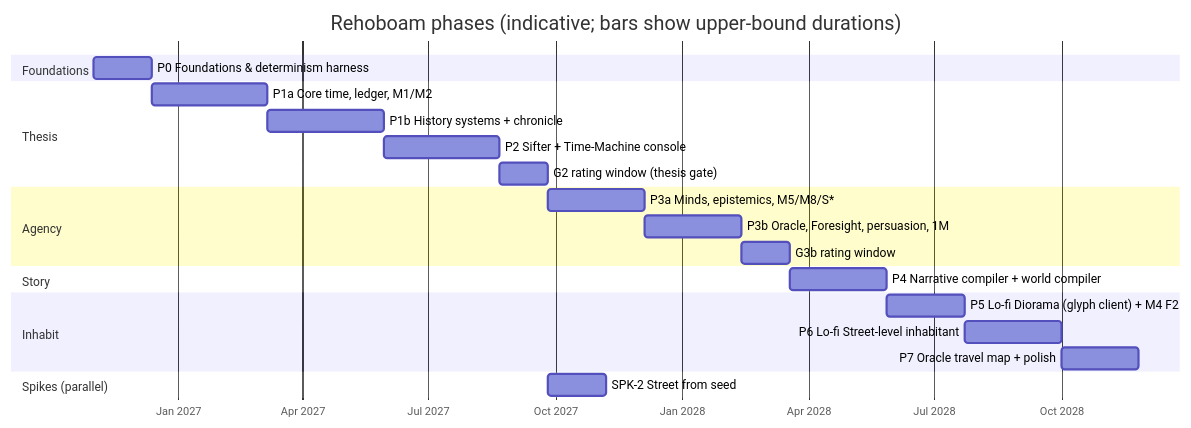
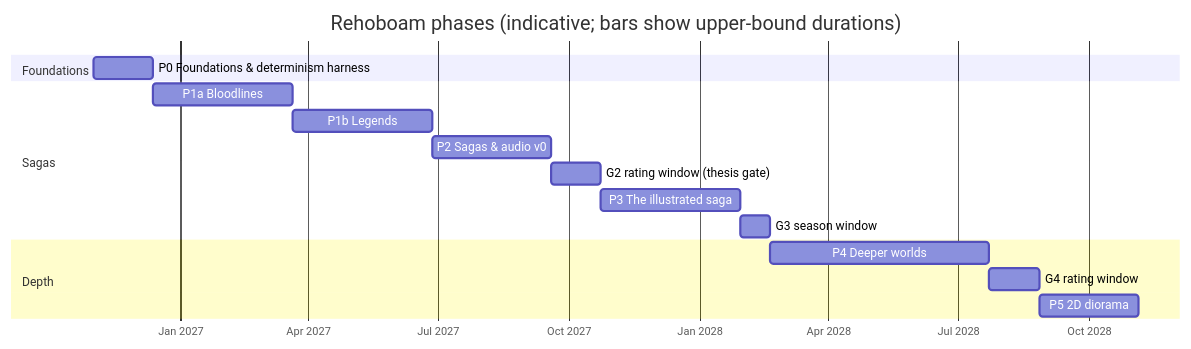
Before and after one commit to BigRigVibeCoder/Rehoboam: the diagram in docs/11_roadmap.md, drawn with Mermaid. The commit also changed other lines of this file and 40 other files, not shown here.

````diff
--- a/docs/11_roadmap.md
+++ b/docs/11_roadmap.md
@@ -11,25 +12,19 @@
 ```mermaid
 gantt
     title Rehoboam phases (indicative; bars show upper-bound durations)
     dateFormat  YYYY-MM-DD
     axisFormat  %b %Y
     section Foundations
     P0 Foundations & determinism harness       :p0, 2026-11-01, 6w
-    section Thesis
-    P1a Core time, ledger, M1/M2               :p1a, after p0, 12w
-    P1b History systems + chronicle            :p1b, after p1a, 12w
-    P2 Sifter + Time-Machine console           :p2, after p1b, 12w
+    section Sagas
+    P1a Bloodlines                             :p1a, after p0, 14w
+    P1b Legends                                :p1b, after p1a, 14w
+    P2 Sagas & audio v0                        :p2, after p1b, 12w
     G2 rating window (thesis gate)             :g2, after p2, 5w
-    section Agency
-    P3a Minds, epistemics, M5/M8/S*            :p3a, after g2, 10w
-    P3b Oracle, Foresight, persuasion, 1M      :p3b, after p3a, 10w
-    G3b rating window                          :g3, after p3b, 5w
-    section Story
-    P4 Narrative compiler + world compiler     :p4, after g3, 10w
-    section Inhabit
-    P5 Lo-fi Diorama (glyph client) + M4 F2    :p5, after p4, 8w
-    P6 Lo-fi Street-level inhabitant           :p6, after p5, 10w
-    P7 Oracle travel map + polish              :p7, after p6, 8w
-    section Spikes (parallel)
-    SPK-2 Street from seed                     :spk2, after g2, 6w
+    P3 The illustrated saga                    :p3, after g2, 14w
+    G3 season window                           :g3, after p3, 3w
+    section Depth
+    P4 Deeper worlds                           :p4, after g3, 22w
+    G4 rating window                           :g4, after p4, 5w
+    P5 2D diorama                              :p5, after g4, 10w
 ```
````
